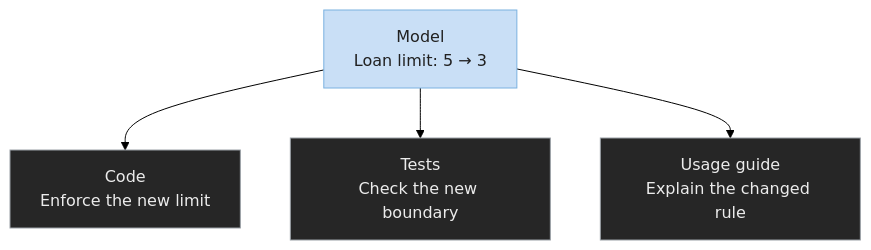
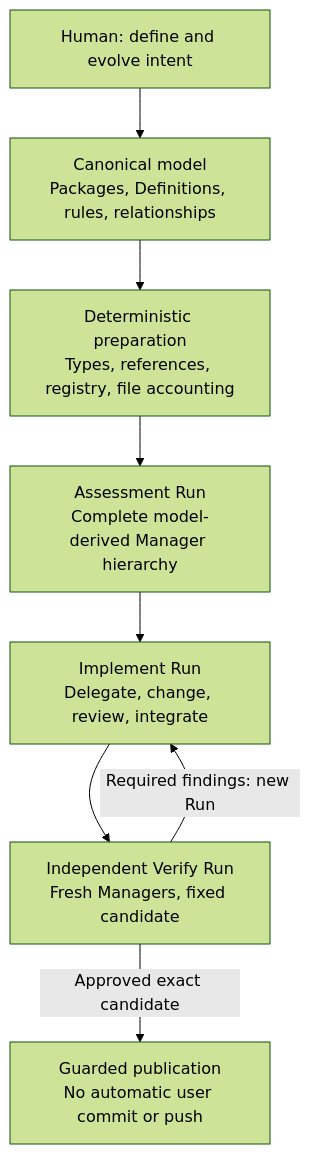
One commit to Glacius-Labs/Markitect changed the diagram in README.md. Above: the diagram before and after it, drawn with Mermaid (forest theme). The commit also changed other lines of this file, not shown here.

Commit message:
docs: refresh project README

````diff
--- a/README.md
+++ b/README.md
@@ -48,12 +44,10 @@
 ```mermaid
-flowchart TB
-    accTitle: One model change across the project
-    accDescr: Planned realization of a library policy change. Changing the loan limit from five to three in the model updates the implementation, boundary tests and usage guide. Existing rules still apply.
-    model["Model<br/>Loan limit: 5 → 3"] --> code["Code<br/>Enforce the new limit"]
-    model --> tests["Tests<br/>Check the new boundary"]
-    model --> guide["Usage guide<br/>Explain the changed rule"]
-    classDef intent fill:#c9dff6,stroke:#7ab1e0,color:#212121
-    classDef realization fill:#262626,stroke:#9aa0a6,color:#ececec
-    class model intent
-    class code,tests,guide realization
+flowchart TD
+    Human["Human: define and evolve intent"] --> Model["Canonical model<br/>Packages, Definitions, rules, relationships"]
+    Model --> Prepare["Deterministic preparation<br/>Types, references, registry, file accounting"]
+    Prepare --> Assess["Assessment Run<br/>Complete model-derived Manager hierarchy"]
+    Assess --> Implement["Implement Run<br/>Delegate, change, review, integrate"]
+    Implement --> Verify["Independent Verify Run<br/>Fresh Managers, fixed candidate"]
+    Verify -->|"Required findings: new Run"| Implement
+    Verify -->|"Approved exact candidate"| Publish["Guarded publication<br/>No automatic user commit or push"]
 ```
````
